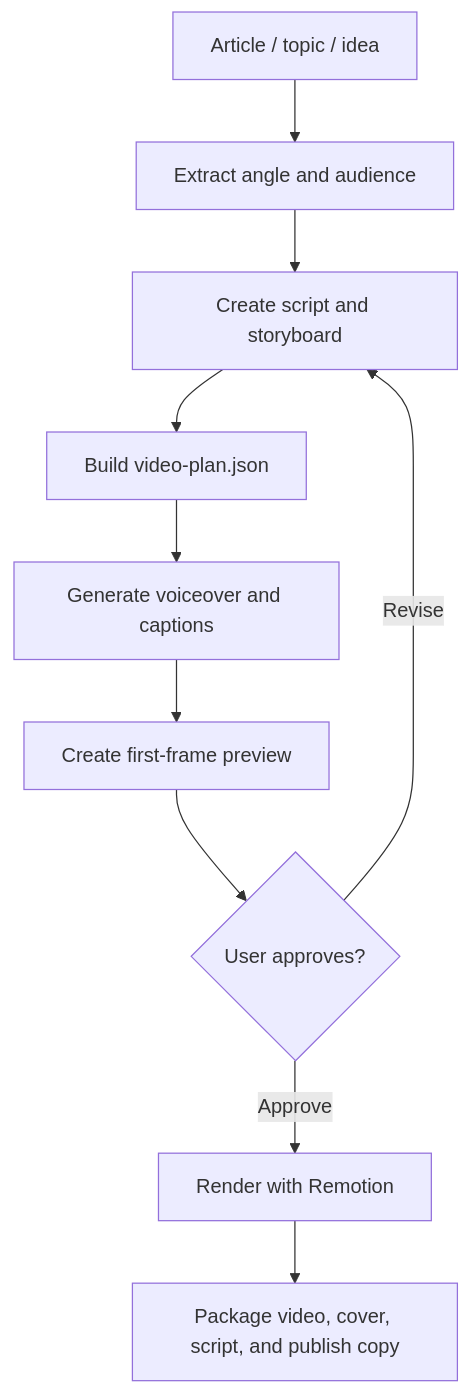
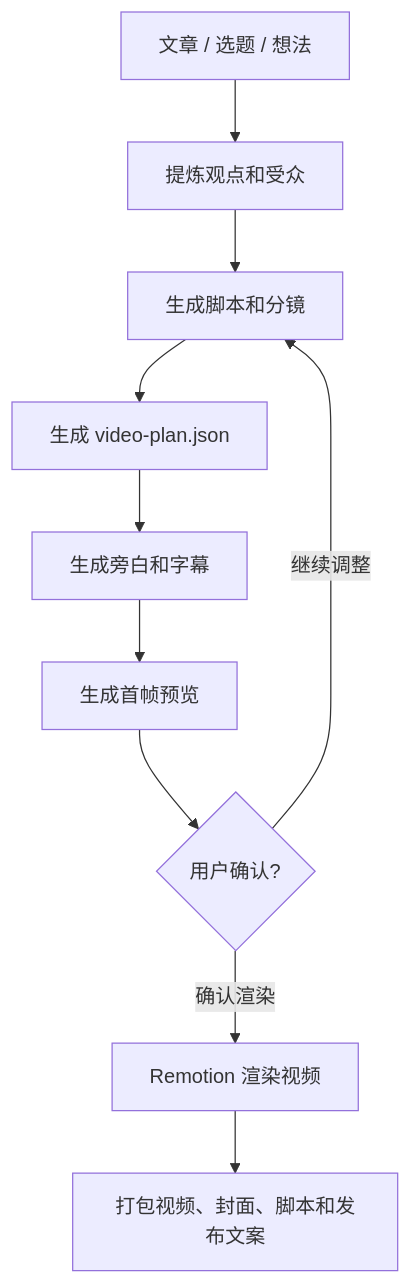
One commit to chemny/short-video-maker changed the diagram in README.md. Above: the diagram before and after it, drawn with Mermaid. The commit also changed other lines of this file and 57 other files, not shown here.

````diff
--- a/README.md
+++ b/README.md
@@ -11,12 +26,12 @@
 ```mermaid
 flowchart TD
-    A["Article / topic / idea"] --> B["Extract angle and audience"]
-    B --> C["Create script and storyboard"]
-    C --> D["Build video-plan.json"]
-    D --> E["Generate voiceover and captions"]
-    E --> F["Create first-frame preview"]
-    F --> G{"User approves?"}
-    G -- "Revise" --> C
-    G -- "Approve" --> H["Render with Remotion"]
-    H --> I["Package video, cover, script, and publish copy"]
+    A["文章 / 选题 / 想法"] --> B["提炼观点和受众"]
+    B --> C["生成脚本和分镜"]
+    C --> D["生成 video-plan.json"]
+    D --> E["生成旁白和字幕"]
+    E --> F["生成首帧预览"]
+    F --> G{"用户确认?"}
+    G -- "继续调整" --> C
+    G -- "确认渲染" --> H["Remotion 渲染视频"]
+    H --> I["打包视频、封面、脚本和发布文案"]
 ```
````
